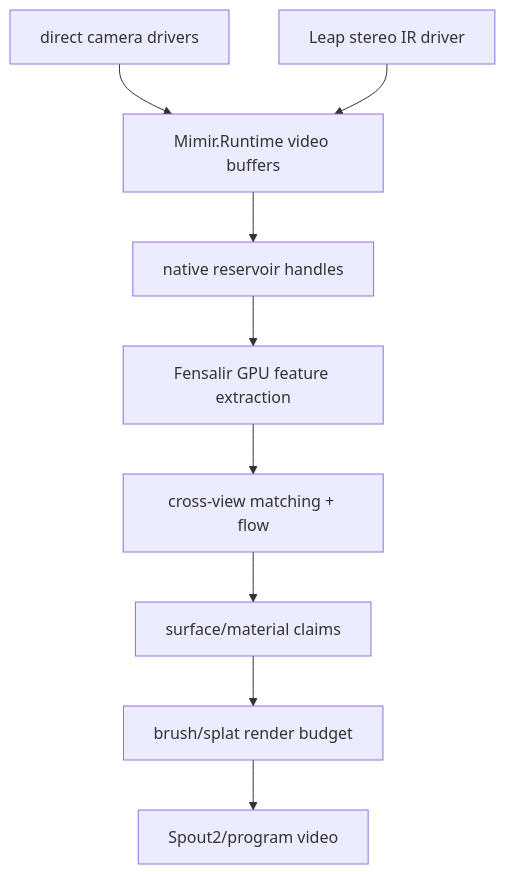
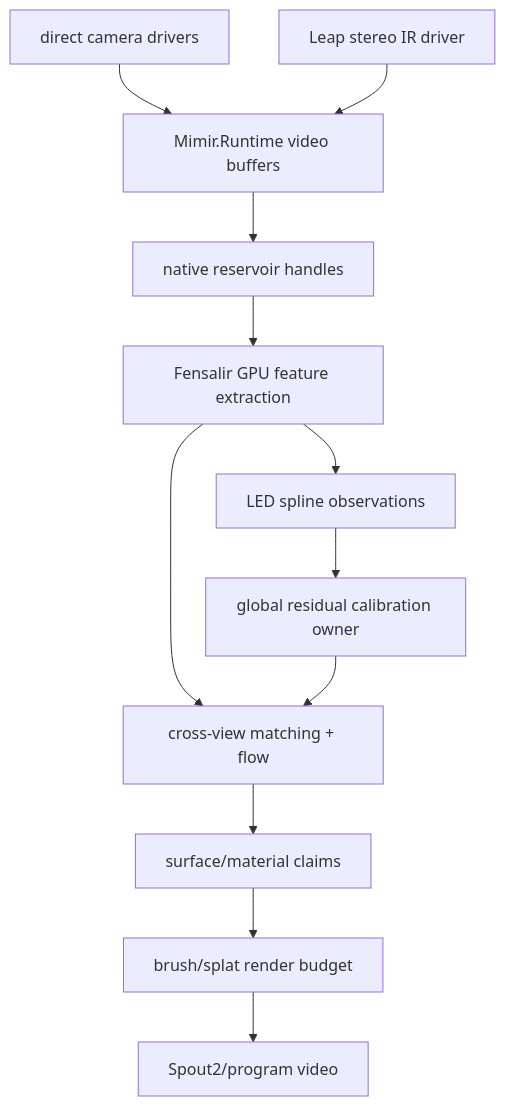
The diagram in docs/sensor-fusion-architecture.md (GameCult/Mimir), drawn with Mermaid before and after one commit. The commit also changed other lines of this file and 7 other files, not shown here.

Commit message:
Add LED spline calibration evidence path

````diff
--- a/docs/sensor-fusion-architecture.md
+++ b/docs/sensor-fusion-architecture.md
@@ -7,11 +7,14 @@
 ```mermaid
 flowchart TD
     A["direct camera drivers"] --> B["Mimir.Runtime video buffers"]
     C["Leap stereo IR driver"] --> B
     B --> D["native reservoir handles"]
     D --> E["Fensalir GPU feature extraction"]
+    E --> J["LED spline observations"]
     E --> F["cross-view matching + flow"]
+    J --> K["global residual calibration owner"]
+    K --> F
     F --> G["surface/material claims"]
     G --> H["brush/splat render budget"]
     H --> I["Spout2/program video"]
 ```
````
